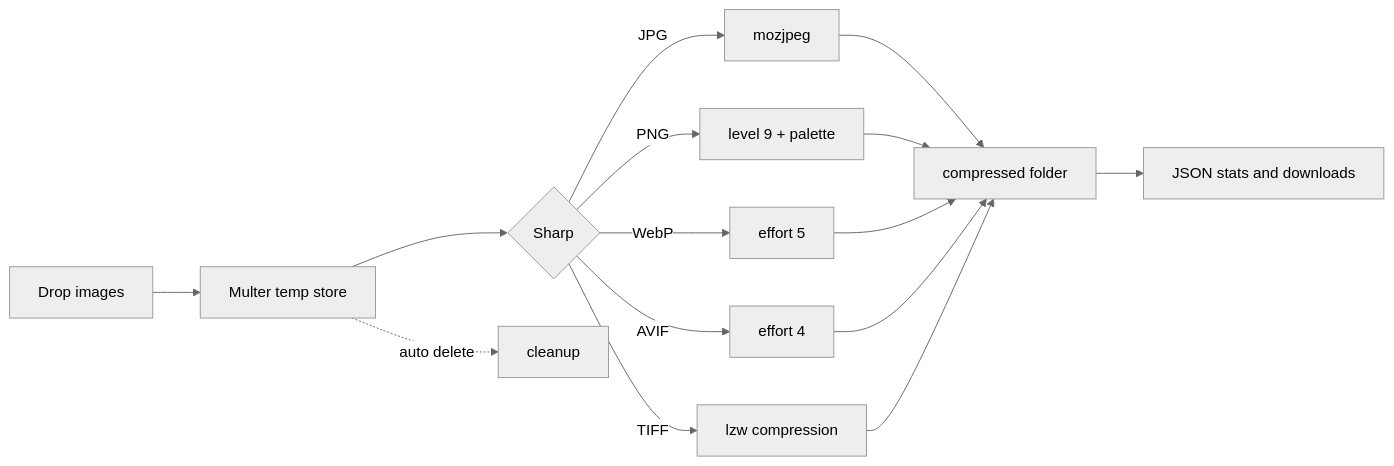
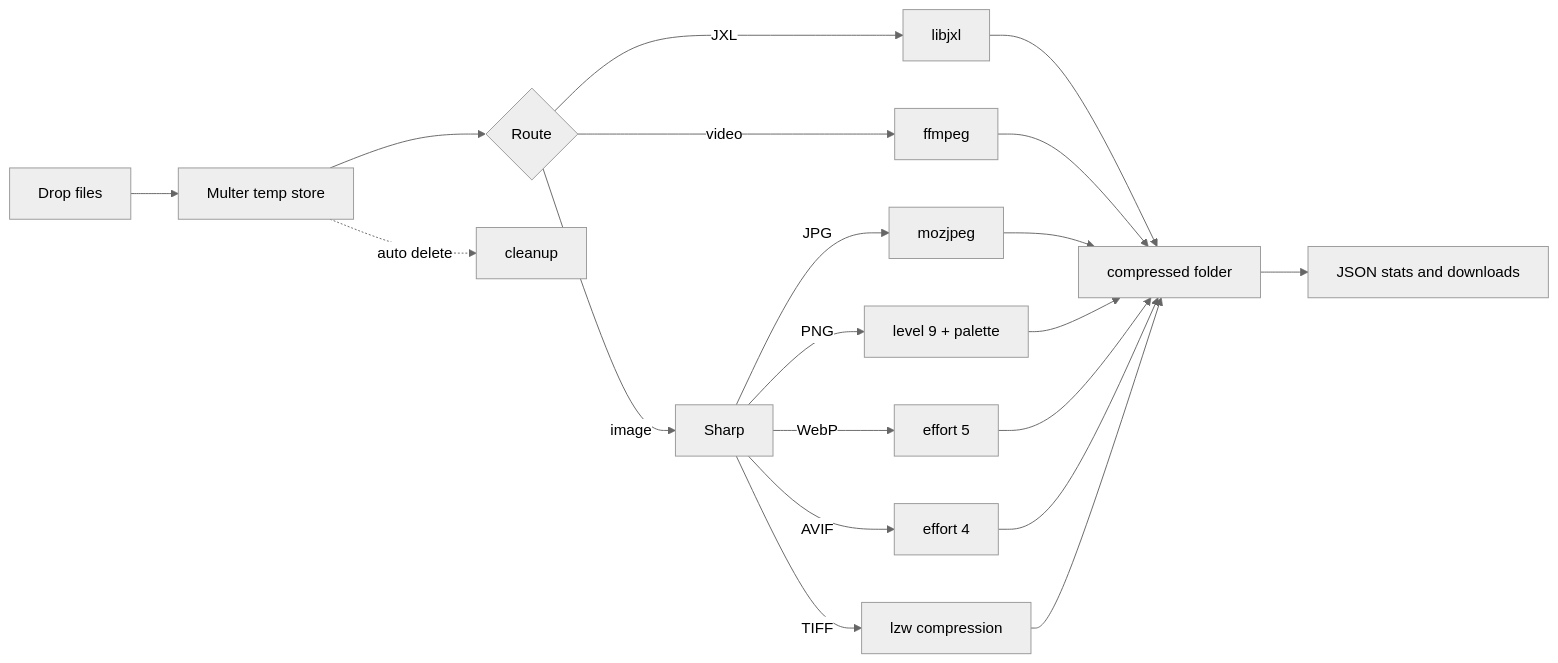
Before and after one commit to MoHamed-B-M/pico: the diagram in README.md, drawn with Mermaid (neutral theme). The commit also changed other lines of this file and 11 other files, not shown here.

First line of the commit message:
v1.1.0: JXL + video compression, sidebar nav, license change

````diff
--- a/README.md
+++ b/README.md
@@ -108,17 +109,22 @@
 ```mermaid
 flowchart LR
-    A[Drop images] --> B[Multer temp store]
-    B --> C{Sharp}
-    C -->|JPG| D[mozjpeg]
-    C -->|PNG| E[level 9 + palette]
-    C -->|WebP| F[effort 5]
-    C -->|AVIF| G[effort 4]
-    C -->|TIFF| H[lzw compression]
-    D --> I[compressed folder]
-    E --> I
-    F --> I
-    G --> I
-    H --> I
-    I --> J[JSON stats and downloads]
-    B -. auto delete .-> K[cleanup]
+    A[Drop files] --> B[Multer temp store]
+    B --> C{Route}
+    C -->|image| D[Sharp]
+    C -->|JXL| E[libjxl]
+    C -->|video| F[ffmpeg]
+    D -->|JPG| G[mozjpeg]
+    D -->|PNG| H[level 9 + palette]
+    D -->|WebP| I[effort 5]
+    D -->|AVIF| J[effort 4]
+    D -->|TIFF| K[lzw compression]
+    E --> L[compressed folder]
+    F --> L
+    G --> L
+    H --> L
+    I --> L
+    J --> L
+    K --> L
+    L --> M[JSON stats and downloads]
+    B -. auto delete .-> N[cleanup]
 ```
````
